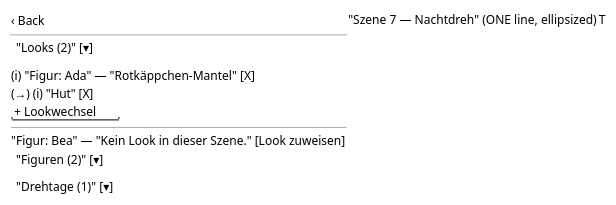
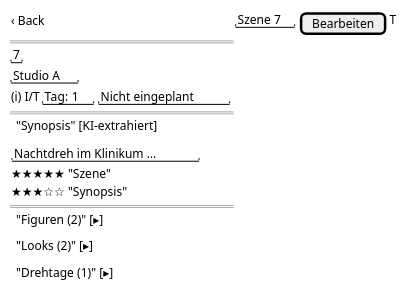
One commit to tradem/breakdown-rs changed the diagram in docs/design/screens/scenes.md. Above: the diagram before and after it, drawn with PlantUML. The commit also changed other lines of this file and 16 other files, not shown here.

````diff
--- a/docs/design/screens/scenes.md
+++ b/docs/design/screens/scenes.md
@@ -33,18 +42,22 @@
 ```plantuml
 @startsalt
 {
-  {‹ Back} | "Szene 7 — Nachtdreh" (ONE line, ellipsized) | T
-  --
-  {^ "Looks (2)" [▾]}
+  {‹ Back} | "Szene 7" | [Bearbeiten] | T
+  ==
+  "7"
+  "Studio A"
+  {(i) I/T | "Tag: 1" | "Nicht eingeplant"}
+  ==
+  {^ "Synopsis" [KI-extrahiert]}
   {
-    (i) "Figur: Ada" — "Rotkäppchen-Mantel" [X]
-    (→) (i) "Hut" [X]
-    "+ Lookwechsel"
-    --
-    "Figur: Bea" — "Kein Look in dieser Szene." [Look zuweisen]
+    "Nachtdreh im Klinikum …"
+    ★★★★★ "Szene"
+    ★★★☆☆ "Synopsis"
   }
-  {^ "Figuren (2)" [▾]}
-  {^ "Drehtage (1)" [▾]}
+  ==
+  {^ "Figuren (2)" [▸]}
+  {^ "Looks (2)" [▸]}
+  {^ "Drehtage (1)" [▸]}
 }
 @endsalt
 ```
````
